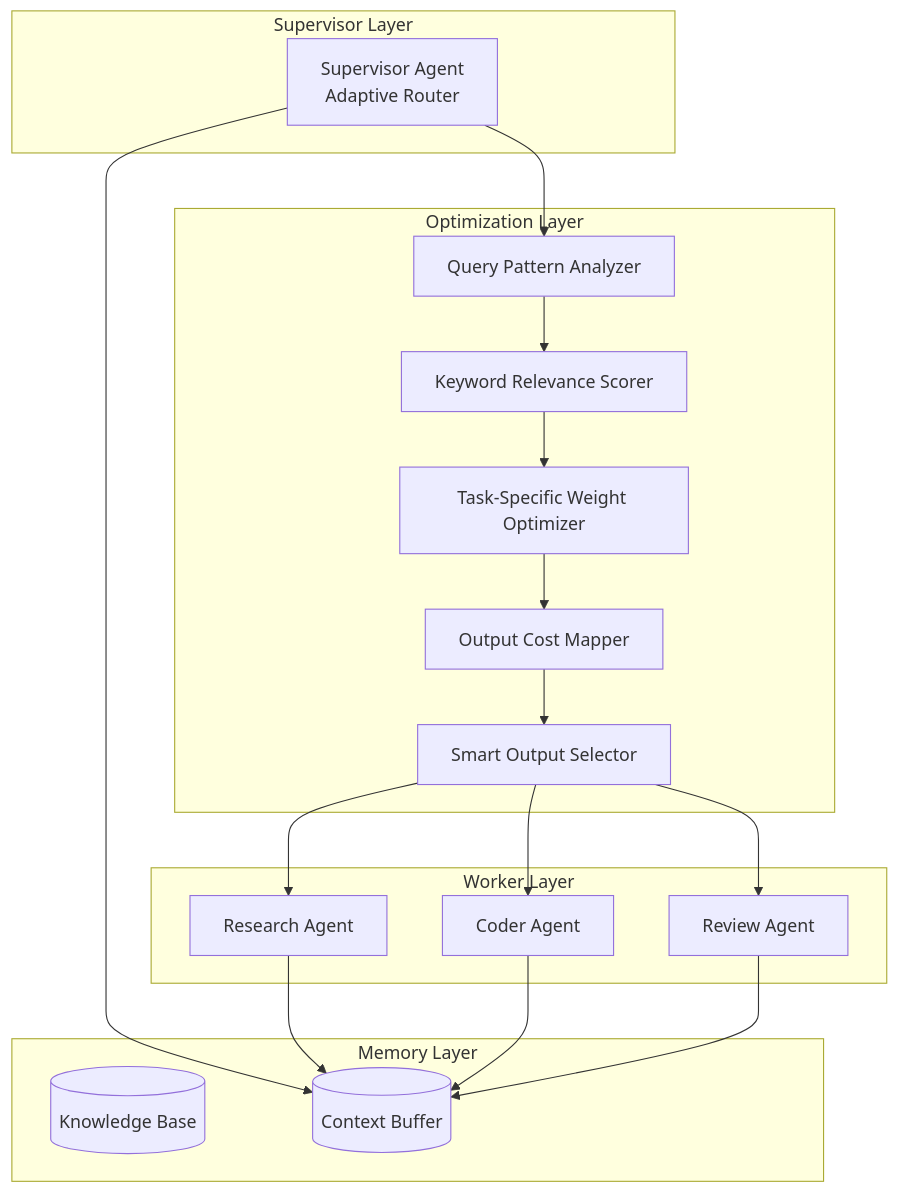
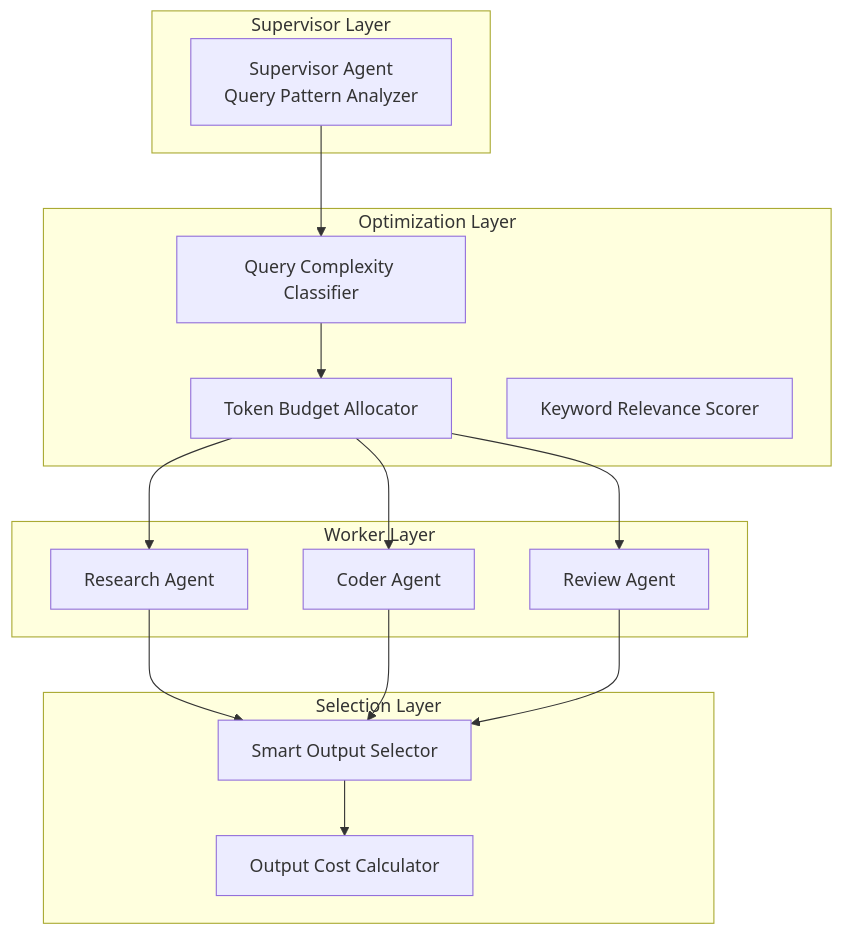
One commit to xiangbianpangde/mas-evolution-test changed the diagram in ARCHITECTURE.md. Above: the diagram before and after it, drawn with Mermaid. The commit also changed other lines of this file and 1 other file, not shown here.

````diff
--- a/ARCHITECTURE.md
+++ b/ARCHITECTURE.md
@@ -5,38 +5,33 @@
 ```mermaid
 graph TB
     subgraph "Supervisor Layer"
-        S[Supervisor Agent<br/>Adaptive Router]
+        S[Supervisor Agent<br/>Query Pattern Analyzer]
+    end
+    
+    subgraph "Optimization Layer"
+        Q[Query Complexity Classifier]
+        T[Token Budget Allocator]
+        R[Keyword Relevance Scorer]
     end
     
     subgraph "Worker Layer"
         W1[Research Agent]
         W2[Coder Agent]
         W3[Review Agent]
     end
     
-    subgraph "Optimization Layer"
-        Q[Query Pattern Analyzer]
-        K[Keyword Relevance Scorer]
-        W[Task-Specific Weight Optimizer]
-        C[Output Cost Mapper]
+    subgraph "Selection Layer"
         O[Smart Output Selector]
-    end
-    
-    subgraph "Memory Layer"
-        KB[(Knowledge Base)]
-        MEM[(Context Buffer)]
+        C[Output Cost Calculator]
     end
     
     S --> Q
-    Q --> K
-    K --> W
-    W --> C
-    C --> O
-    O --> W1
-    O --> W2
-    O --> W3
-    S --> MEM
-    W1 --> MEM
-    W2 --> MEM
-    W3 --> MEM
+    Q --> T
+    T --> W1
+    T --> W2
+    T --> W3
+    W1 --> O
+    W2 --> O
+    W3 --> O
+    O --> C
 ```
````
